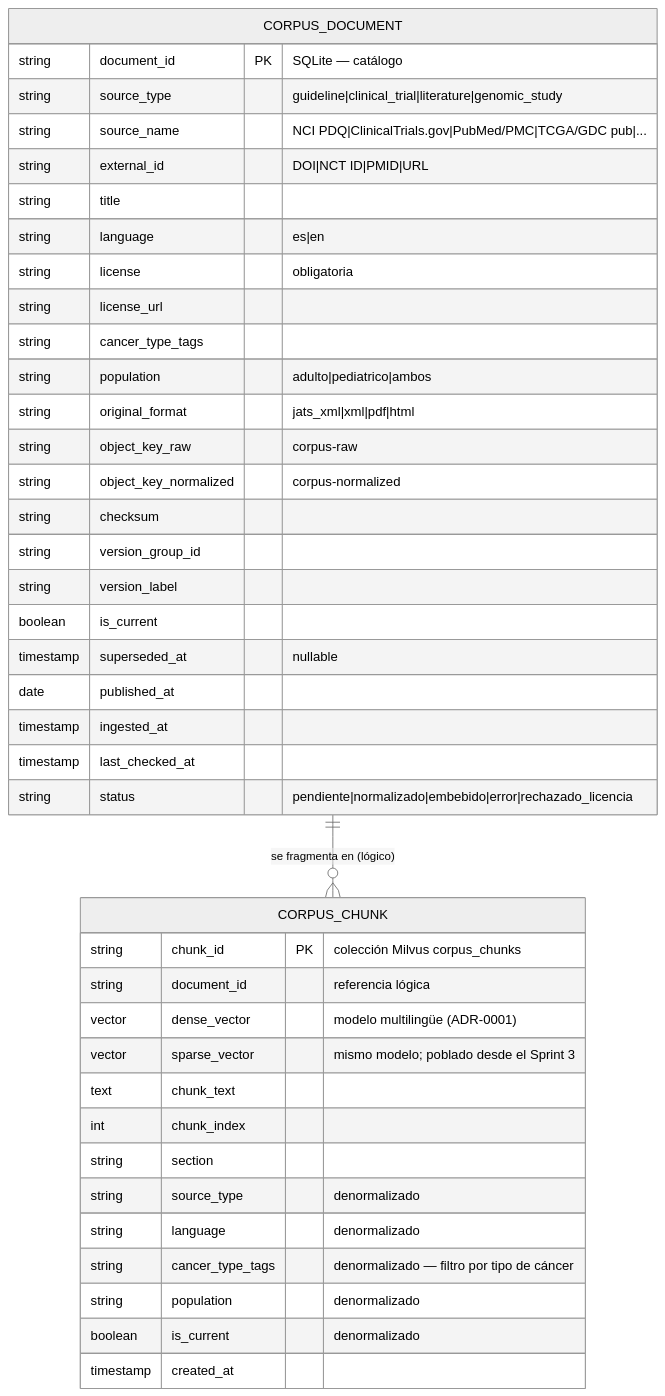
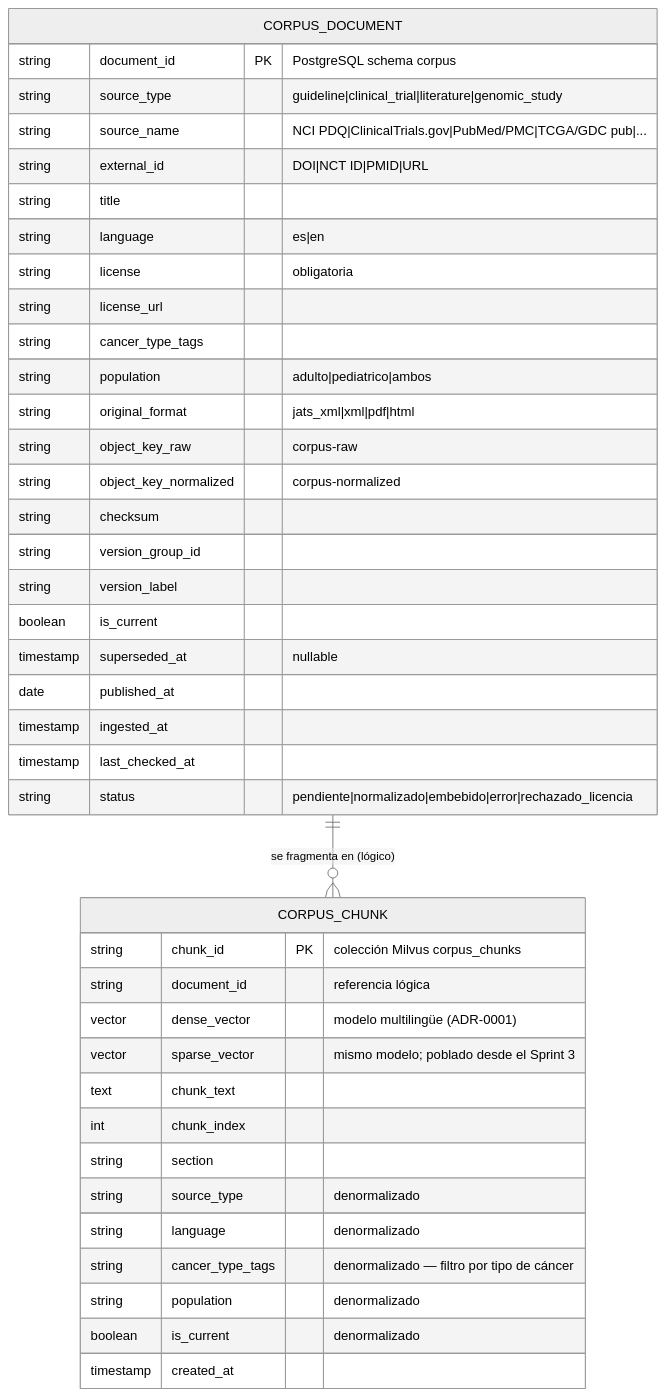
Before and after one commit to hatrickmario/OncoLens-Lab: the seventh of 7 diagrams in readme.md, drawn with Mermaid (neutral theme). The commit also changed other lines of this file and 1 other file, not shown here.

First line of the commit message:
Use only PostgreSQL and Milvus: corpus catalog in `corpus` schema (D-42)

````diff
--- a/readme.md
+++ b/readme.md
@@ -826,43 +834,43 @@
 ```mermaid
 erDiagram
     CORPUS_DOCUMENT {
-        string document_id PK "SQLite — catálogo"
+        string document_id PK "PostgreSQL schema corpus"
         string source_type "guideline|clinical_trial|literature|genomic_study"
         string source_name "NCI PDQ|ClinicalTrials.gov|PubMed/PMC|TCGA/GDC pub|..."
         string external_id "DOI|NCT ID|PMID|URL"
         string title
         string language "es|en"
         string license "obligatoria"
         string license_url
         string cancer_type_tags
         string population "adulto|pediatrico|ambos"
         string original_format "jats_xml|xml|pdf|html"
         string object_key_raw "corpus-raw"
         string object_key_normalized "corpus-normalized"
         string checksum
         string version_group_id
         string version_label
         boolean is_current
         timestamp superseded_at "nullable"
         date published_at
         timestamp ingested_at
         timestamp last_checked_at
         string status "pendiente|normalizado|embebido|error|rechazado_licencia"
     }
     CORPUS_CHUNK {
         string chunk_id PK "colección Milvus corpus_chunks"
         string document_id "referencia lógica"
         vector dense_vector "modelo multilingüe (ADR-0001)"
         vector sparse_vector "mismo modelo; poblado desde el Sprint 3"
         text chunk_text
         int chunk_index
         string section
         string source_type "denormalizado"
         string language "denormalizado"
         string cancer_type_tags "denormalizado — filtro por tipo de cáncer"
         string population "denormalizado"
         boolean is_current "denormalizado"
         timestamp created_at
     }
     CORPUS_DOCUMENT ||--o{ CORPUS_CHUNK : "se fragmenta en (lógico)"
 ```
````
